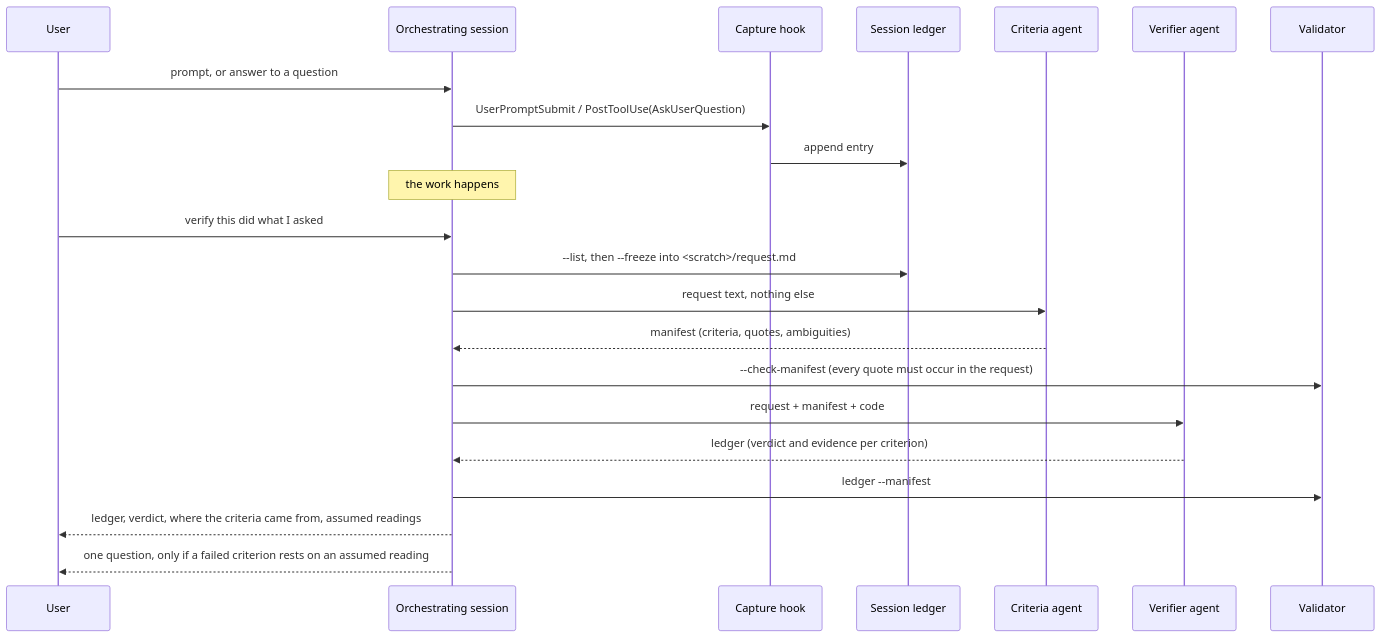
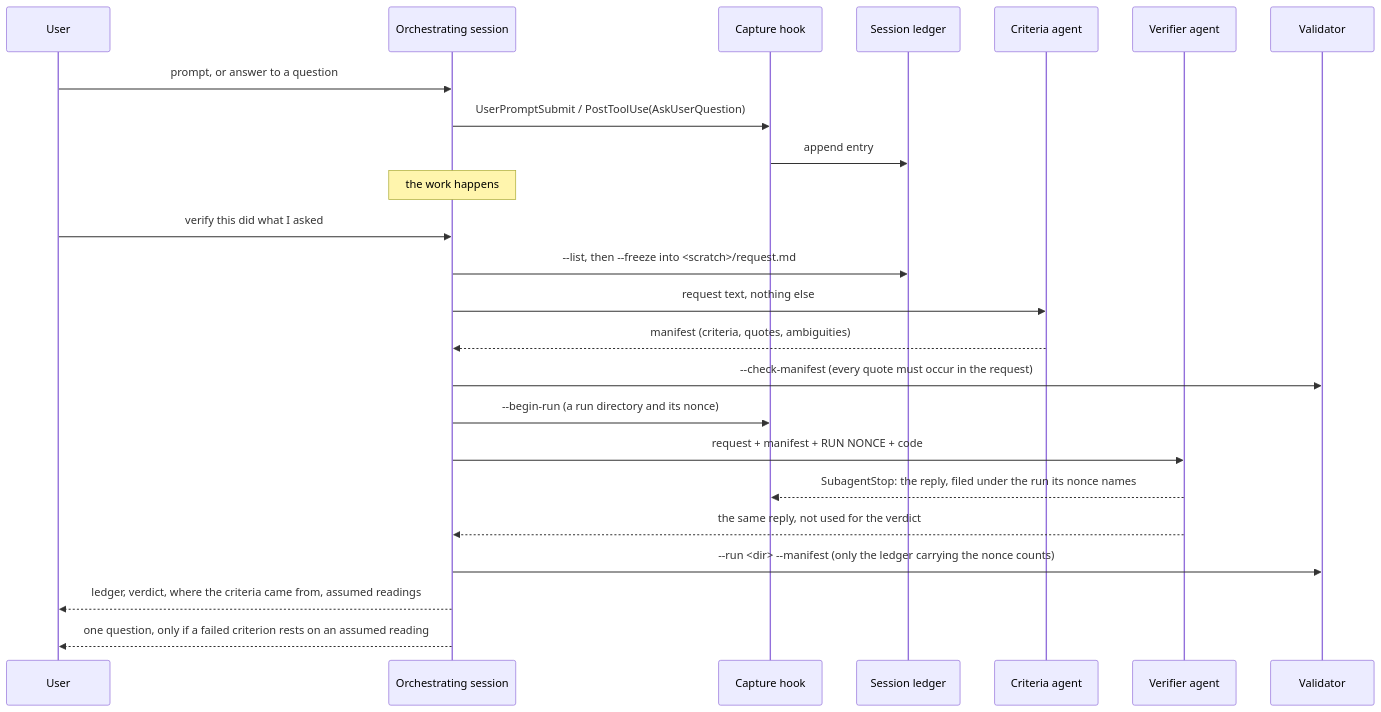
Before and after one commit to Nurath/intent-verify: the diagram in docs/architecture.md, drawn with Mermaid. The commit also changed other lines of this file and 70 other files, not shown here.

````diff
--- a/docs/architecture.md
+++ b/docs/architecture.md
@@ -33,25 +34,27 @@
 ```mermaid
 sequenceDiagram
     participant U as User
     participant O as Orchestrating session
     participant H as Capture hook
     participant L as Session ledger
     participant C as Criteria agent
     participant V as Verifier agent
     participant X as Validator
 
     U->>O: prompt, or answer to a question
     O->>H: UserPromptSubmit / PostToolUse(AskUserQuestion)
     H->>L: append entry
     Note over O: the work happens
     U->>O: verify this did what I asked
     O->>L: --list, then --freeze into <scratch>/request.md
     O->>C: request text, nothing else
     C-->>O: manifest (criteria, quotes, ambiguities)
     O->>X: --check-manifest (every quote must occur in the request)
-    O->>V: request + manifest + code
-    V-->>O: ledger (verdict and evidence per criterion)
-    O->>X: ledger --manifest
+    O->>H: --begin-run (a run directory and its nonce)
+    O->>V: request + manifest + RUN NONCE + code
+    V-->>H: SubagentStop: the reply, filed under the run its nonce names
+    V-->>O: the same reply, not used for the verdict
+    O->>X: --run <dir> --manifest (only the ledger carrying the nonce counts)
     O-->>U: ledger, verdict, where the criteria came from, assumed readings
     O-->>U: one question, only if a failed criterion rests on an assumed reading
 ```
````
